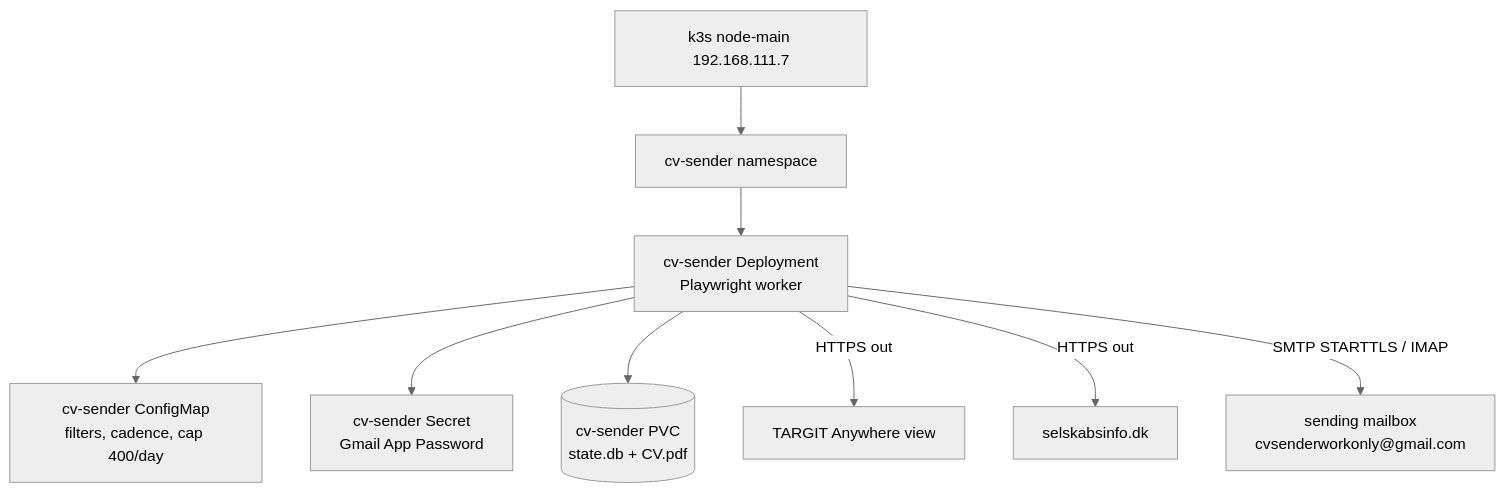
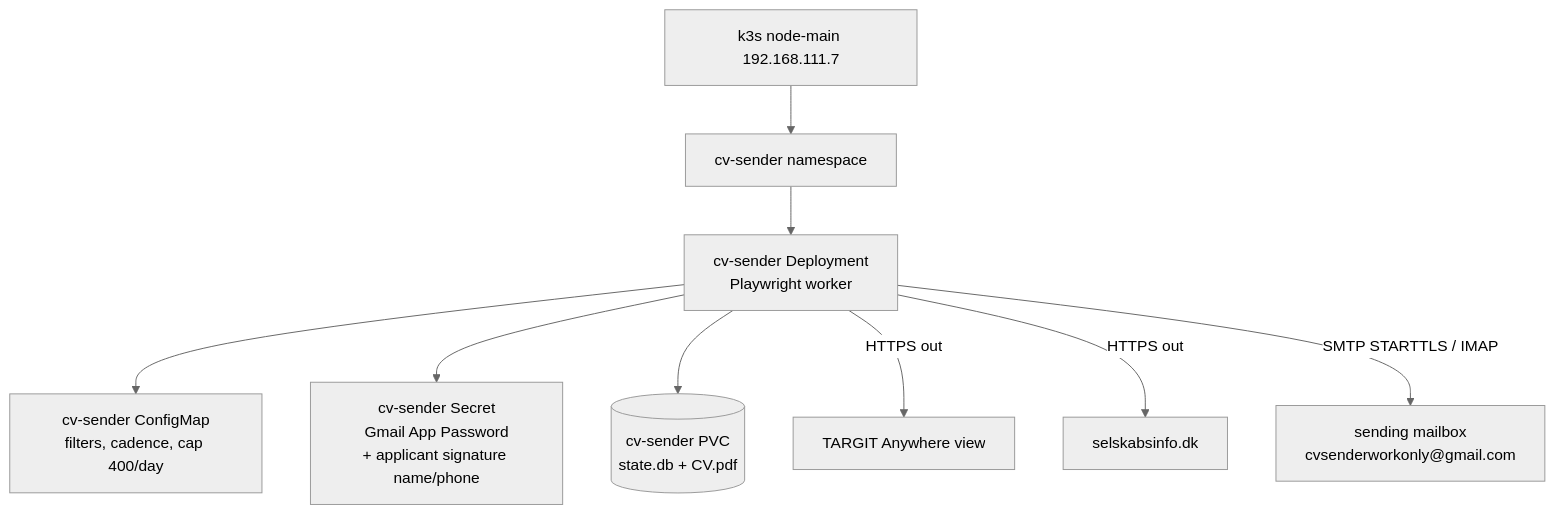
The second of 2 diagrams in 04_ADRs/612-cv-sender.md (padawont/Homelab), drawn with Mermaid (neutral theme) before and after one commit. The commit also changed other lines of this file and 1 other file, not shown here.

First line of the commit message:
docs(637): accept ADR-612, normalise issue refs and document the Secret

````diff
--- a/04_ADRs/612-cv-sender.md
+++ b/04_ADRs/612-cv-sender.md
@@ -137,11 +136,11 @@
 ```mermaid
 graph TD
     K3S[k3s node-main 192.168.111.7] --> NS[cv-sender namespace]
     NS --> DEP[cv-sender Deployment<br/>Playwright worker]
     DEP --> CM[cv-sender ConfigMap<br/>filters, cadence, cap 400/day]
-    DEP --> SEC[cv-sender Secret<br/>Gmail App Password]
+    DEP --> SEC[cv-sender Secret<br/>Gmail App Password<br/>+ applicant signature name/phone]
     DEP --> PVC[(cv-sender PVC<br/>state.db + CV.pdf)]
     DEP -->|HTTPS out| TARGIT[TARGIT Anywhere view]
     DEP -->|HTTPS out| SELSKAB[selskabsinfo.dk]
     DEP -->|SMTP STARTTLS / IMAP| MAIL[sending mailbox<br/>cvsenderworkonly@gmail.com]
 ```
````
